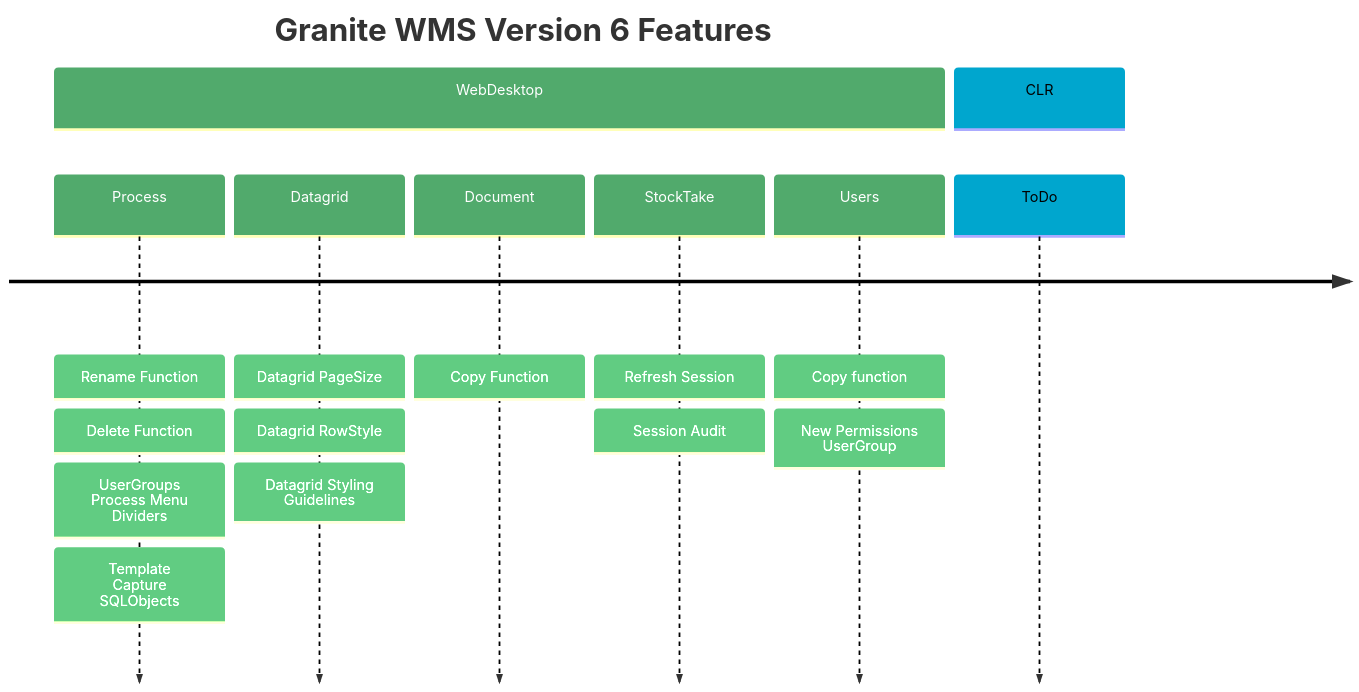
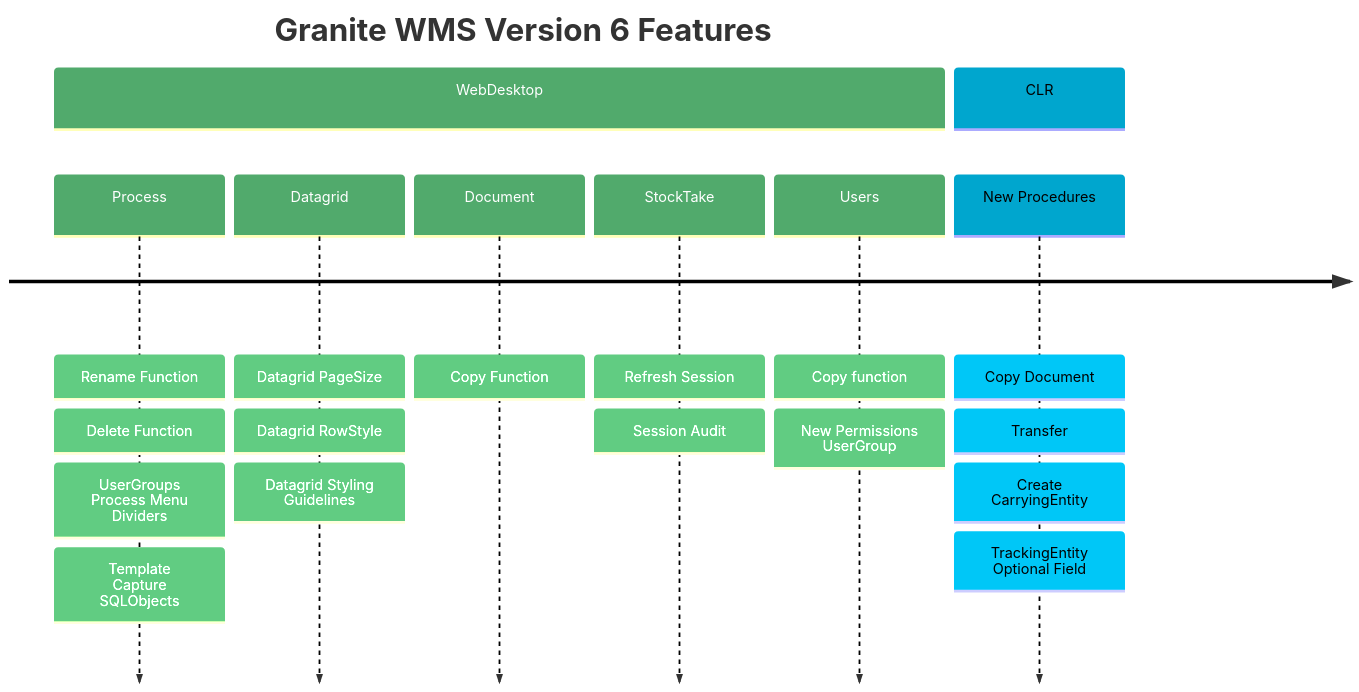
Before and after one commit to GraniteWMS/GraniteDocs: the second of 3 diagrams in docs/updates/V6/cheatsheet.md, drawn with Mermaid.

Commit message:
feat: add to v6 cheatsheet

````diff
--- a/docs/updates/V6/cheatsheet.md
+++ b/docs/updates/V6/cheatsheet.md
@@ -40,23 +40,23 @@
 ```mermaid
 %%{init: { 'logLevel': 'debug', 'theme': 'default' , 'themeVariables': {
               'cScale0': '#51AA6C', 'cScaleLabel0': '#ffffff',
               'cScale1': '#00A6CE',
               'cScale2': '#F24C0D', 'cScaleLabel2': '#ffffff'
        } } }%%
     timeline
         title Granite WMS Version 6 Features
 
         section WebDesktop
           Process : Rename Function:  Delete Function:  UserGroups <br> Process Menu Dividers  : Template <br> Capture SQLObjects
 
           Datagrid : Datagrid PageSize : Datagrid RowStyle : Datagrid Styling Guidelines
           
           Document : Copy Function
 
           StockTake : Refresh Session : Session Audit
 
           Users: Copy function : New Permissions <br> UserGroup
 
          section CLR
-            ToDo
+            New Procedures: Copy Document: Transfer: Create CarryingEntity: TrackingEntity Optional Field
 ```
````
